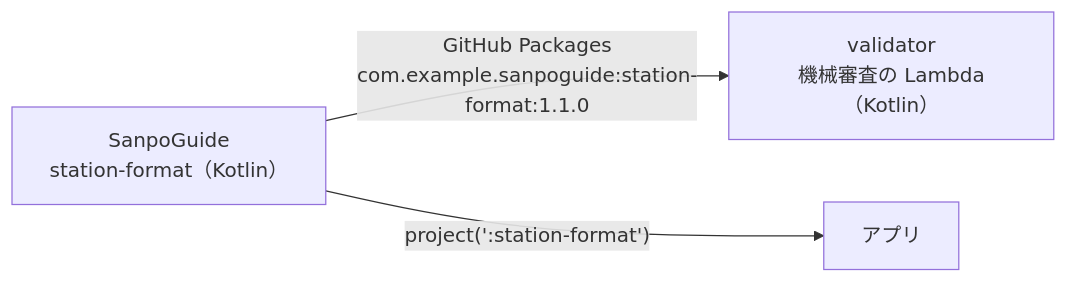
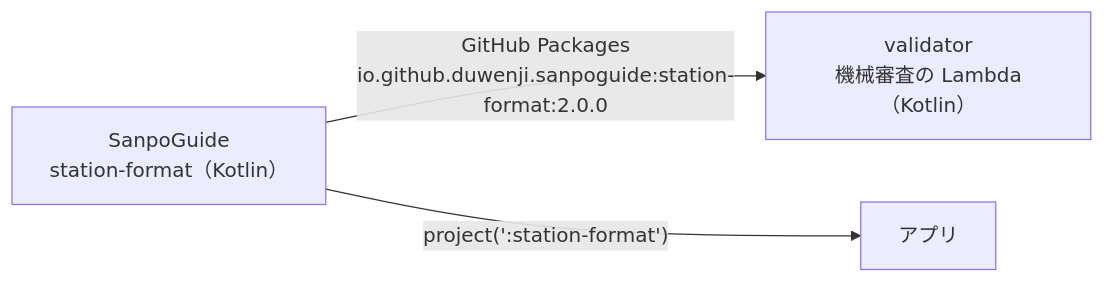
Before and after one commit to duwenji/yorisoi-tutorial: the first of 2 diagrams in 08-aws/08-kotlin-lambda.md, drawn with Mermaid. The commit also changed other lines of this file and 40 other files, not shown here.

First line of the commit message:
docs: 識別子 io.github.duwenji.sanpoguide と station-format 2.0.0 に追従する

````diff
--- a/08-aws/08-kotlin-lambda.md
+++ b/08-aws/08-kotlin-lambda.md
@@ -19,5 +19,5 @@
 ```mermaid
 flowchart LR
-    SG["SanpoGuide<br/>station-format（Kotlin）"] -->|"GitHub Packages<br/>com.example.sanpoguide:station-format:1.1.0"| V["validator<br/>機械審査の Lambda（Kotlin）"]
+    SG["SanpoGuide<br/>station-format（Kotlin）"] -->|"GitHub Packages<br/>io.github.duwenji.sanpoguide:station-format:2.0.0"| V["validator<br/>機械審査の Lambda（Kotlin）"]
     SG -->|"project(':station-format')"| APP["アプリ"]
 ```
````
